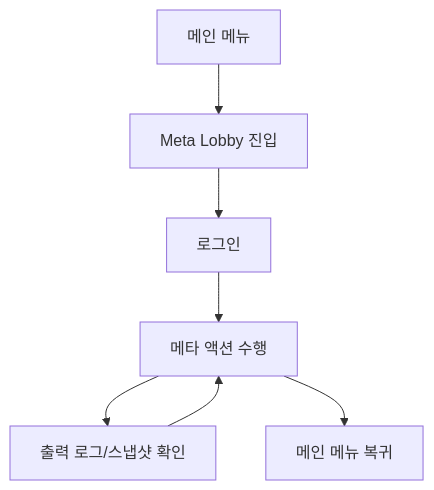
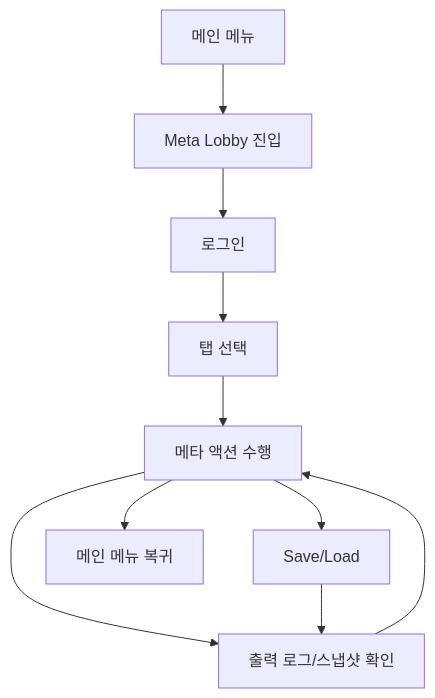
Before and after one commit to rs1017/godot-001-card-battle: the diagram in docs/plans/features/ui/feature_ui_meta_lobby.md, drawn with Mermaid. The commit also changed other lines of this file and 17 other files, not shown here.

Commit message:
feat(meta): add persistent state save/load and tabbed meta lobby workflows

````diff
--- a/docs/plans/features/ui/feature_ui_meta_lobby.md
+++ b/docs/plans/features/ui/feature_ui_meta_lobby.md
@@ -12,9 +13,12 @@
 ```mermaid
 flowchart TD
 A[메인 메뉴] --> B[Meta Lobby 진입]
 B --> C[로그인]
-C --> D[메타 액션 수행]
-D --> E[출력 로그/스냅샷 확인]
-E --> D
-D --> F[메인 메뉴 복귀]
+C --> D[탭 선택]
+D --> E[메타 액션 수행]
+E --> F[출력 로그/스냅샷 확인]
+F --> E
+E --> G[Save/Load]
+G --> F
+E --> H[메인 메뉴 복귀]
 ```
````
